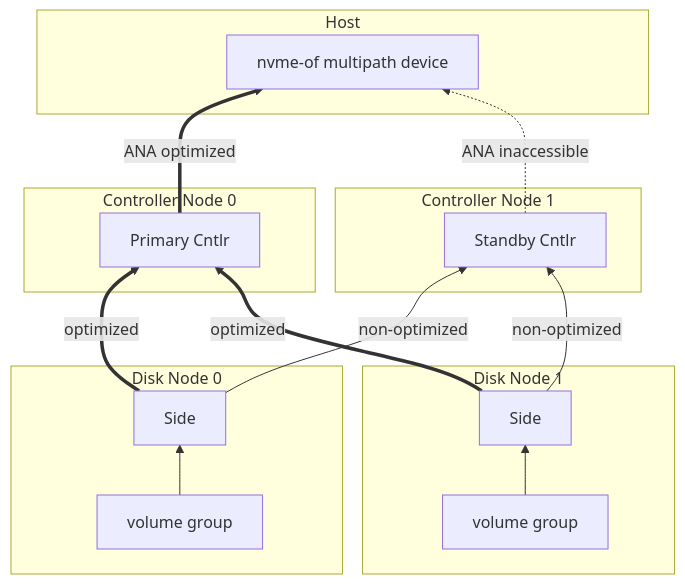
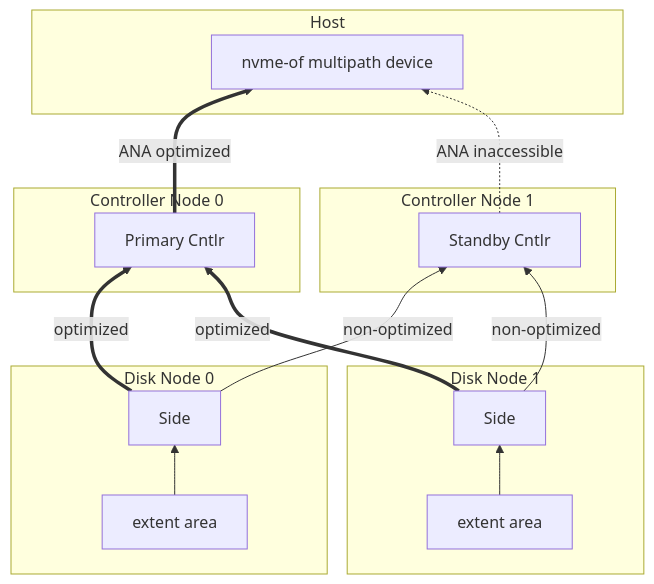
One commit to distributed-nvme/distributed-nvme changed the eighth of 11 diagrams in doc/architecture.md. Above: the diagram before and after it, drawn with Mermaid. The commit also changed other lines of this file and 244 other files, not shown here.

````diff
--- a/doc/architecture.md
+++ b/doc/architecture.md
@@ -629,24 +820,24 @@
 ```mermaid
 flowchart BT
     subgraph host["Host"]
         MP["nvme-of multipath device"]
     end
     subgraph cn0["Controller Node 0"]
         PC["Primary Cntlr"]
     end
     subgraph cn1["Controller Node 1"]
         SC["Standby Cntlr"]
     end
     subgraph dn0["Disk Node 0"]
-        VG0["volume group"] --> SD0["Side"]
+        EA0["extent area"] --> SD0["Side"]
     end
     subgraph dn1["Disk Node 1"]
-        VG1["volume group"] --> SD1["Side"]
+        EA1["extent area"] --> SD1["Side"]
     end
     SD0 ==>|"optimized"| PC
     SD1 ==>|"optimized"| PC
     SD0 -->|"non-optimized"| SC
     SD1 -->|"non-optimized"| SC
     PC ==>|"ANA optimized"| MP
     SC -.->|"ANA inaccessible"| MP
 ```
````
